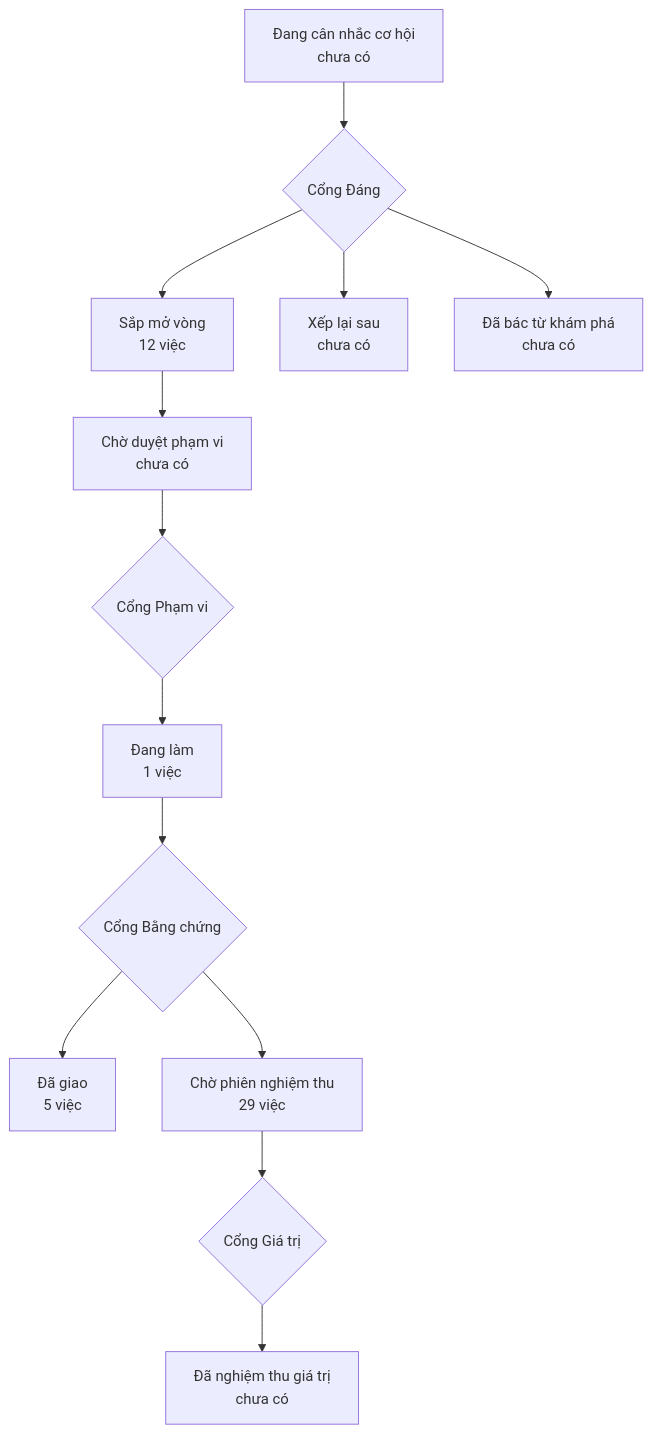
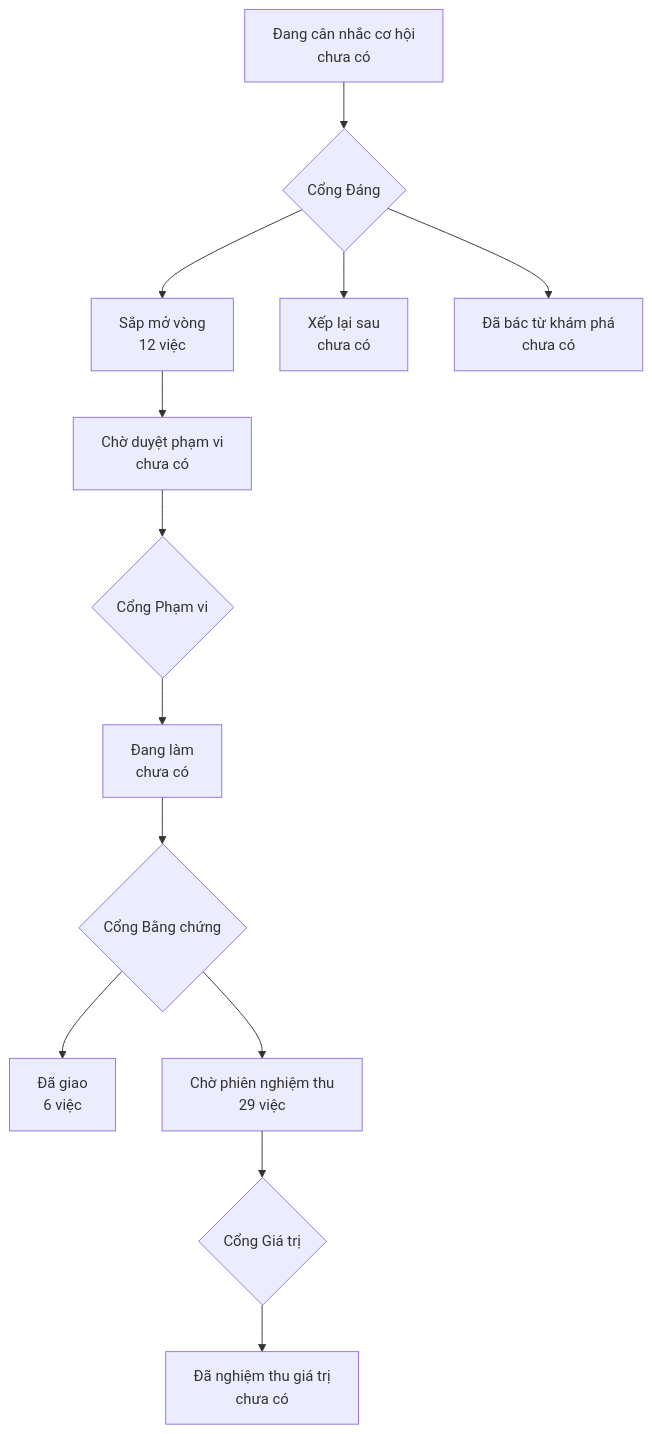
The diagram in PRODUCT-MAP.md (phanlemanh/onehub-quy-hang), drawn with Mermaid before and after one commit. The commit also changed other lines of this file and 4 other files, not shown here.

````diff
--- a/PRODUCT-MAP.md
+++ b/PRODUCT-MAP.md
@@ -7,12 +7,12 @@
 ```mermaid
 flowchart TD
   A["Đang cân nhắc cơ hội<br/>chưa có"] --> GD{"Cổng Đáng"}
   GD --> B["Sắp mở vòng<br/>12 việc"]
   GD --> XL["Xếp lại sau<br/>chưa có"]
   GD --> DB["Đã bác từ khám phá<br/>chưa có"]
   B --> CD["Chờ duyệt phạm vi<br/>chưa có"] --> GP{"Cổng Phạm vi"}
-  GP --> DL["Đang làm<br/>1 việc"] --> GB{"Cổng Bằng chứng"}
-  GB --> DG["Đã giao<br/>5 việc"]
+  GP --> DL["Đang làm<br/>chưa có"] --> GB{"Cổng Bằng chứng"}
+  GB --> DG["Đã giao<br/>6 việc"]
   GB --> CN["Chờ phiên nghiệm thu<br/>29 việc"] --> GG{"Cổng Giá trị"}
   GG --> NT["Đã nghiệm thu giá trị<br/>chưa có"]
 ```
````
